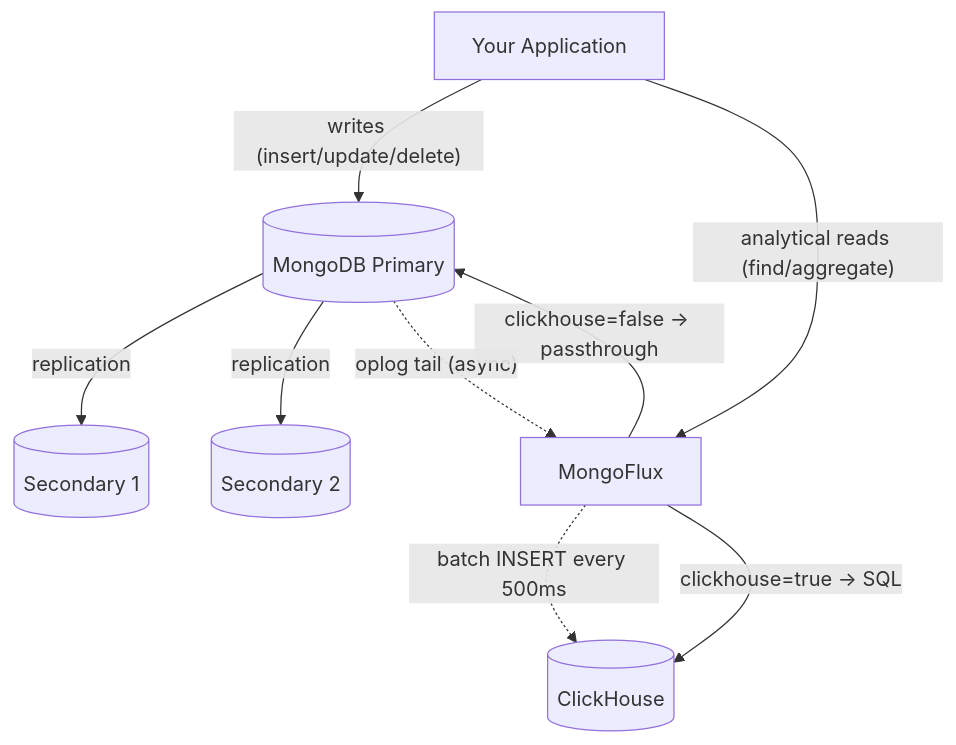
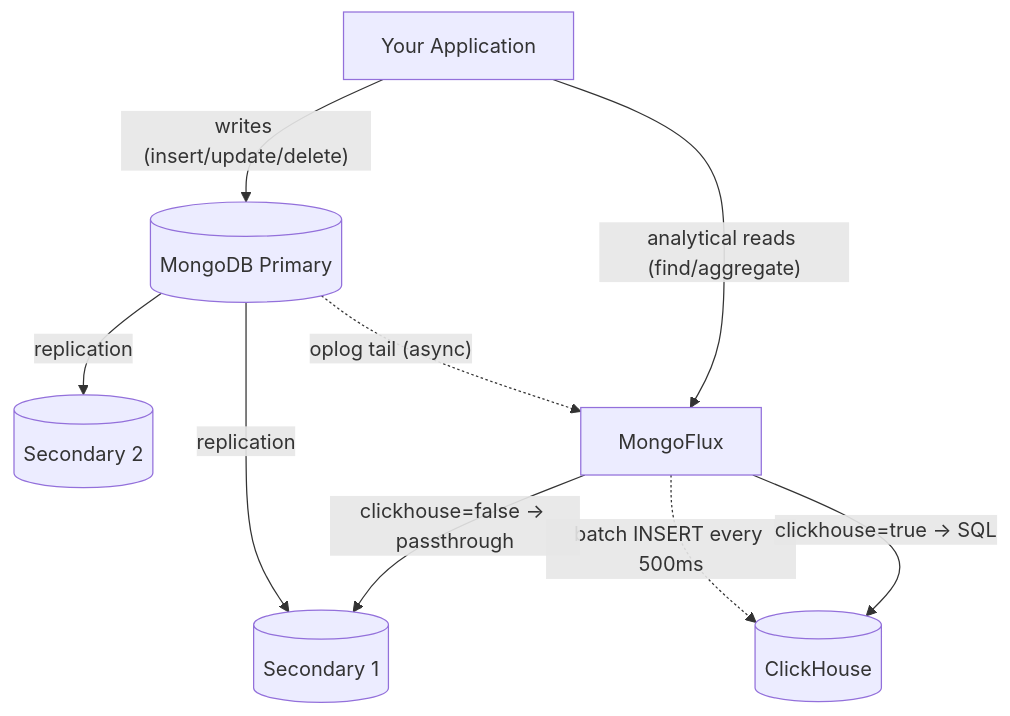
Before and after one commit to mrityunjaysharma/mongo-flux: the first of 2 diagrams in README.md, drawn with Mermaid. The commit also changed other lines of this file and 2 other files, not shown here.

````diff
--- a/README.md
+++ b/README.md
@@ -17,15 +17,15 @@
 ```mermaid
 flowchart TD
     %% Write + Sync
     APP[Your Application]
     APP -->|"writes (insert/update/delete)"| MGP[(MongoDB Primary)]
     MGP -->|replication| S1[(Secondary 1)]
     MGP -->|replication| S2[(Secondary 2)]
     MGP -.->|"oplog tail (async)"| MF[MongoFlux]
     MF -.->|"batch INSERT every 500ms"| CH[(ClickHouse)]
 
     %% Read routing
     APP -->|"analytical reads (find/aggregate)"| MF
     MF -->|"clickhouse=true → SQL"| CH
-    MF -->|"clickhouse=false → passthrough"| MGP
+    MF -->|"clickhouse=false → passthrough"| S1
 ```
````
